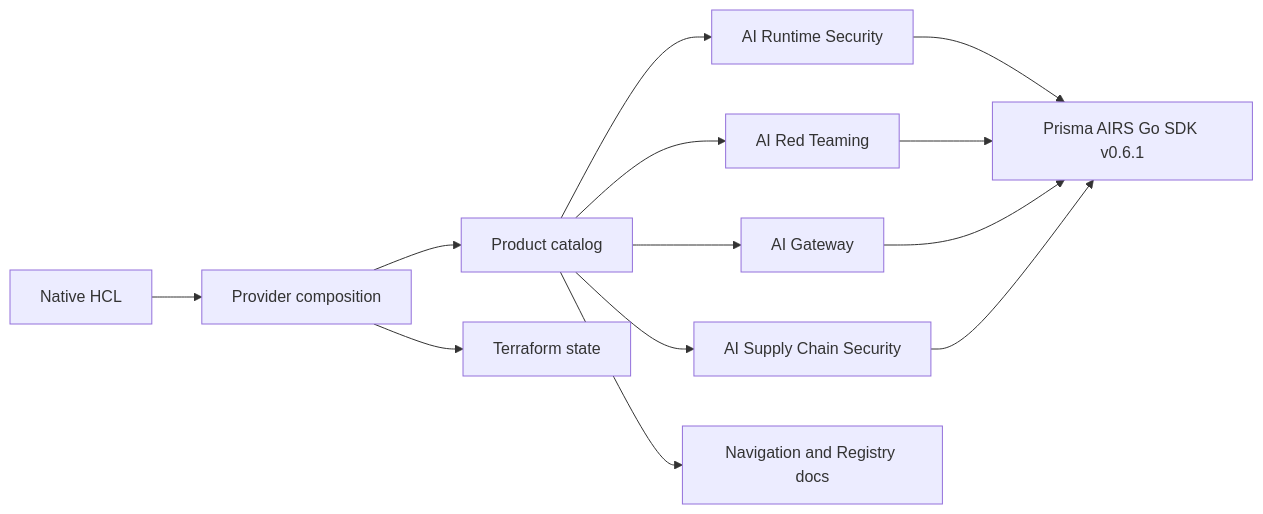
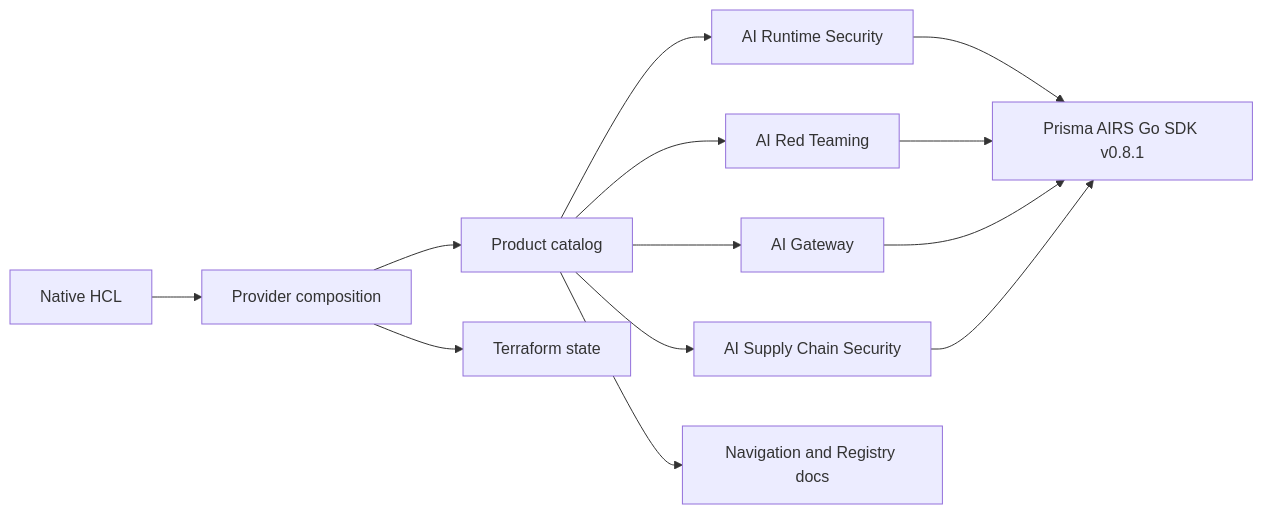
Before and after one commit to cdot65/terraform-provider-prisma-airs: the diagram in docs-site/docs/development/architecture.md, drawn with Mermaid. The commit also changed other lines of this file and 146 other files, not shown here.

````diff
--- a/docs-site/docs/development/architecture.md
+++ b/docs-site/docs/development/architecture.md
@@ -5,15 +5,15 @@
 ```mermaid
 flowchart LR
   HCL[Native HCL] --> Provider[Provider composition]
   Provider --> Catalog[Product catalog]
   Catalog --> Runtime[AI Runtime Security]
   Catalog --> RedTeam[AI Red Teaming]
   Catalog --> Gateway[AI Gateway]
   Catalog --> SupplyChain[AI Supply Chain Security]
-  Runtime --> SDK[Prisma AIRS Go SDK v0.6.1]
+  Runtime --> SDK[Prisma AIRS Go SDK v0.8.1]
   RedTeam --> SDK
   Gateway --> SDK
   SupplyChain --> SDK
   Catalog --> Docs[Navigation and Registry docs]
   Provider --> State[Terraform state]
 ```
````
